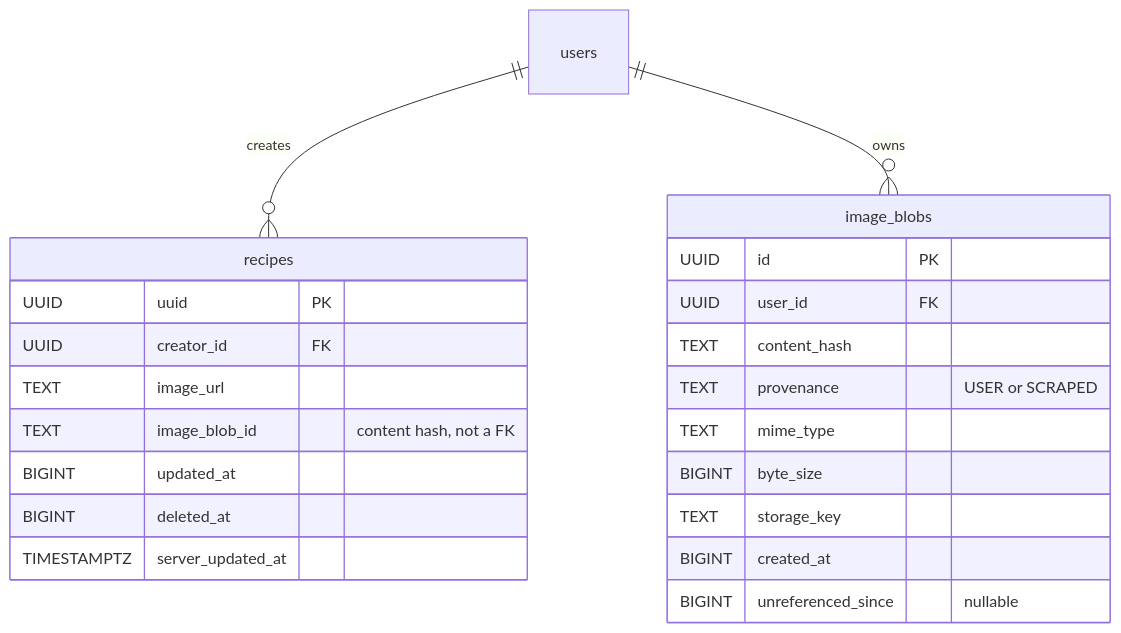
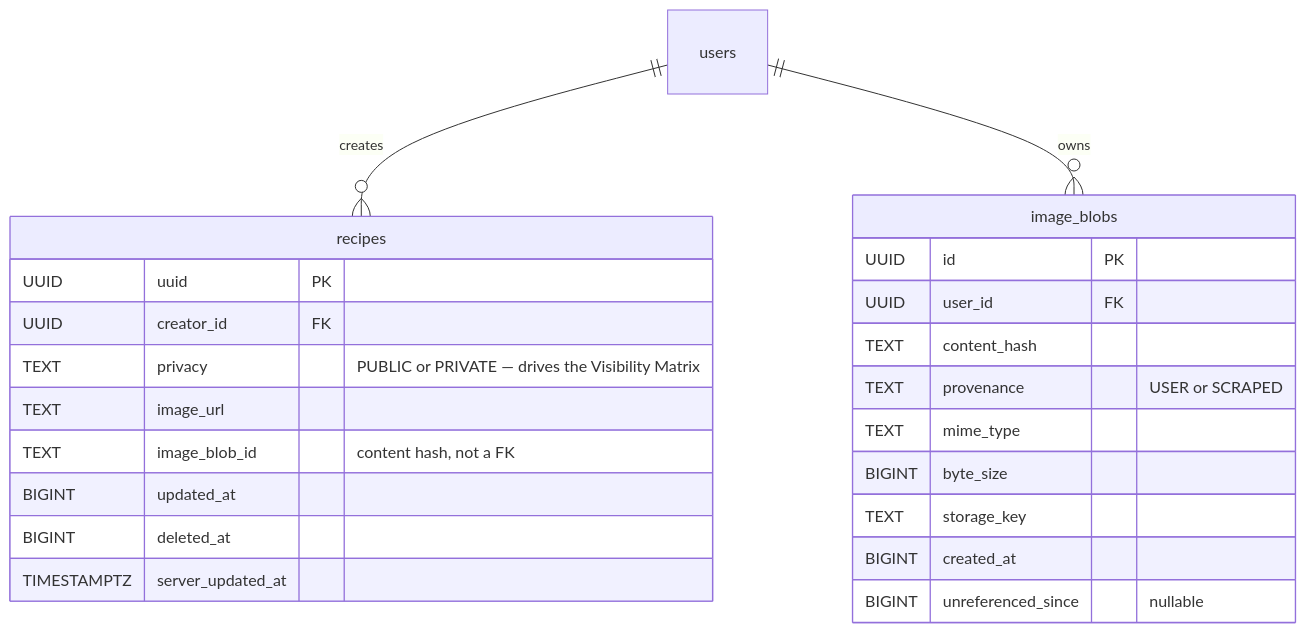
Before and after one commit to jmuci/Chef.ai_Backend: the first of 8 diagrams in docs/recipe-image-architecture.md, drawn with Mermaid. The commit also changed other lines of this file and 10 other files, not shown here.

````diff
--- a/docs/recipe-image-architecture.md
+++ b/docs/recipe-image-architecture.md
@@ -52,25 +52,26 @@
 ```mermaid
 erDiagram
     users ||--o{ recipes : creates
     users ||--o{ image_blobs : owns
     recipes {
         UUID uuid PK
         UUID creator_id FK
+        TEXT privacy "PUBLIC or PRIVATE — drives the Visibility Matrix"
         TEXT image_url
         TEXT image_blob_id "content hash, not a FK"
         BIGINT updated_at
         BIGINT deleted_at
         TIMESTAMPTZ server_updated_at
     }
     image_blobs {
         UUID id PK
         UUID user_id FK
         TEXT content_hash
         TEXT provenance "USER or SCRAPED"
         TEXT mime_type
         BIGINT byte_size
         TEXT storage_key
         BIGINT created_at
         BIGINT unreferenced_since "nullable"
     }
 ```
````
